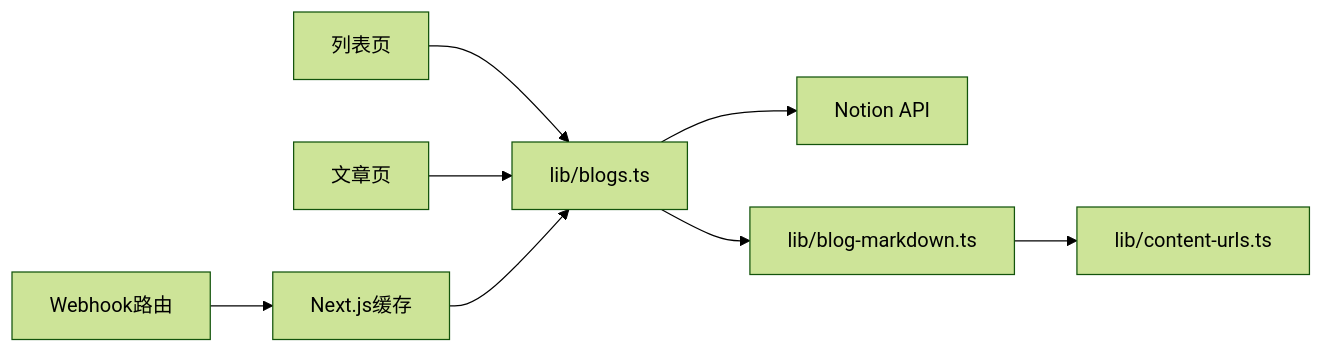
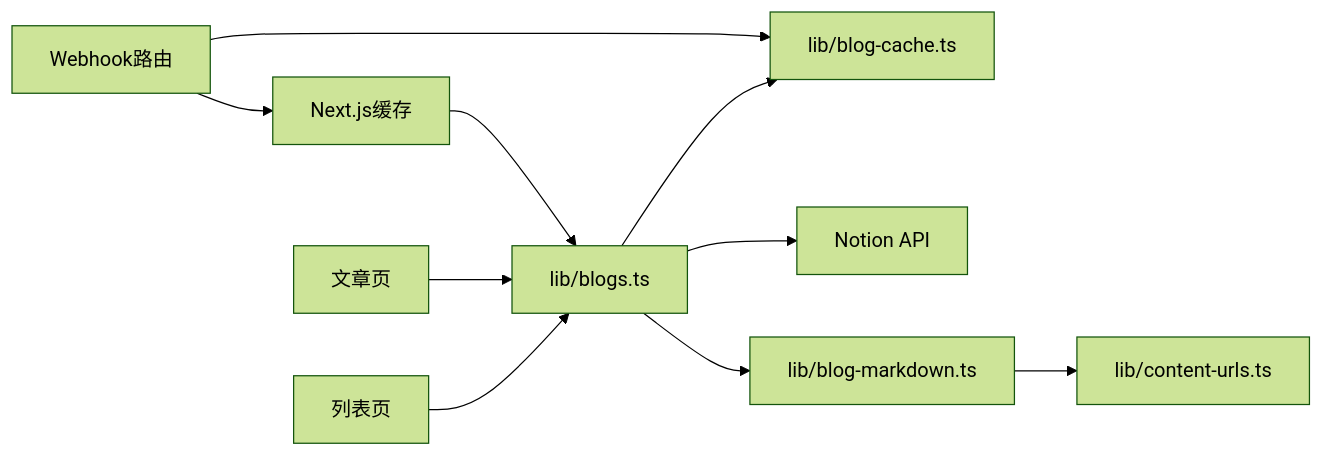
The seventh of 7 diagrams in .qoder/repowiki/zh/content/架构设计/数据流设计/博客内容数据流.md (florianjsun/next-portfolio), drawn with Mermaid (forest theme) before and after one commit. The commit also changed other lines of this file and 49 other files, not shown here.

````diff
--- a/.qoder/repowiki/zh/content/架构设计/数据流设计/博客内容数据流.md
+++ b/.qoder/repowiki/zh/content/架构设计/数据流设计/博客内容数据流.md
@@ -281,10 +322,12 @@
 ```mermaid
 graph LR
 PageList["列表页"] --> BlogsLib["lib/blogs.ts"]
 PageDetail["文章页"] --> BlogsLib
+BlogsLib --> BlogCache["lib/blog-cache.ts"]
 BlogsLib --> Notion["Notion API"]
 BlogsLib --> MD["lib/blog-markdown.ts"]
 MD --> URLs["lib/content-urls.ts"]
-Webhook["Webhook路由"] --> Cache["Next.js缓存"]
+Webhook["Webhook路由"] --> BlogCache
+Webhook --> Cache["Next.js缓存"]
 Cache --> BlogsLib
 ```
````
